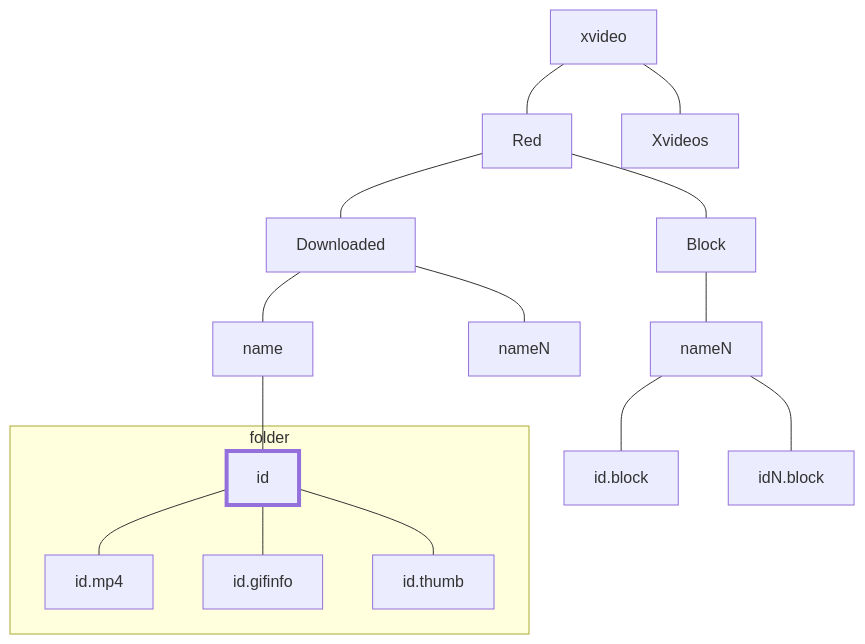
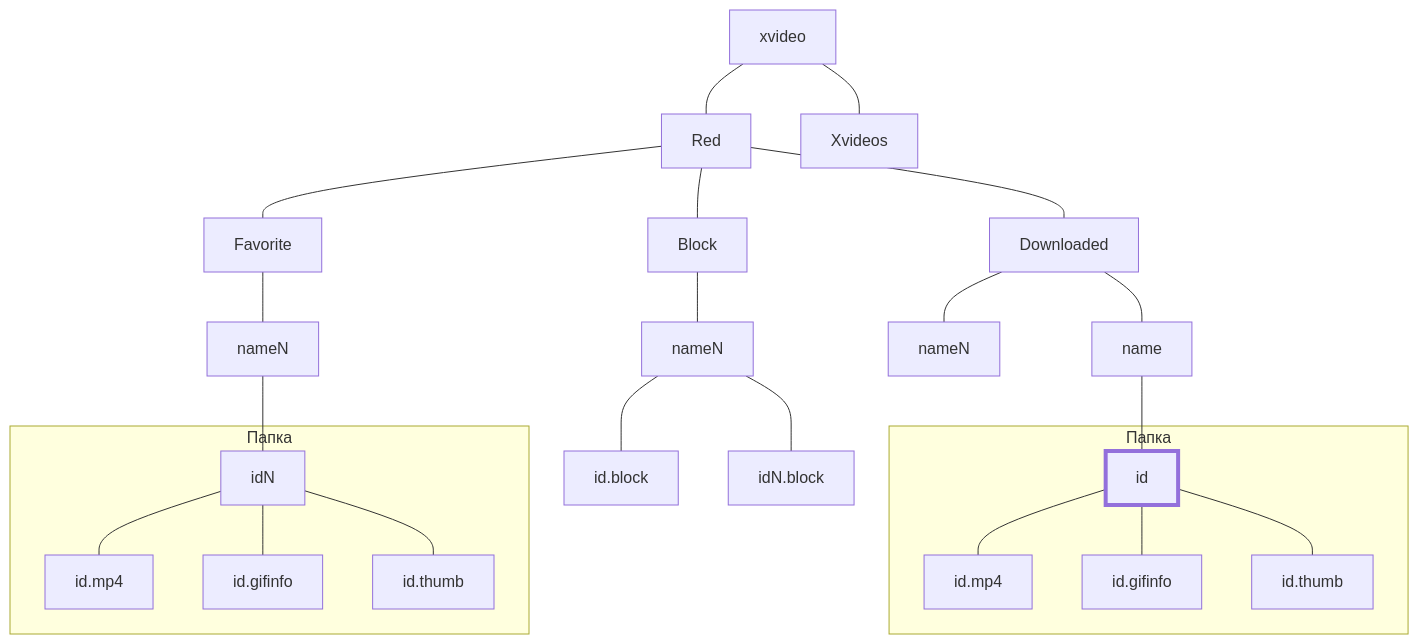
One commit to Sacamoto84/Android_xvideos changed the diagram in app/src/main/java/com/client/xvideos/appPath.md. Above: the diagram before and after it, drawn with Mermaid. The commit also changed 15 other files, not shown here.

````diff
--- a/app/src/main/java/com/client/xvideos/appPath.md
+++ b/app/src/main/java/com/client/xvideos/appPath.md
@@ -2,33 +2,46 @@
 ```mermaid
 flowchart TB
 main[xvideo]
 red[Red]
 xvideos[Xvideos]
 downloaded[Downloaded]
 block[Block]    
     
 main --- red
 main --- xvideos
 
 red --- downloaded 
 red --- block
 
 block --- nameN  --- id.block
 nameN --- idN.block
 
 
 
 downloaded --- name1[name]
 downloaded --- name2[nameN]
 
 name1 --- id
 
 style id fill:#3f,stroke:#3,stroke-width:4px
     
-subgraph folder 
+subgraph folderх[Папка]
     id --- mp4[id.mp4]
     id --- info[id.gifinfo]
     id --- thumb[id.thumb]
 end
 
+red --- favorite[Favorite]
+favorite --- nameFavoriteN[nameN]
+nameFavoriteN --- idN[idN]
+
+subgraph folderFavorite[Папка]
+        idN --- mp4F[id.mp4]
+        idN --- infoF[id.gifinfo]
+        idN --- thumbF[id.thumb]
+end
+
+
+
+
 ```
````
